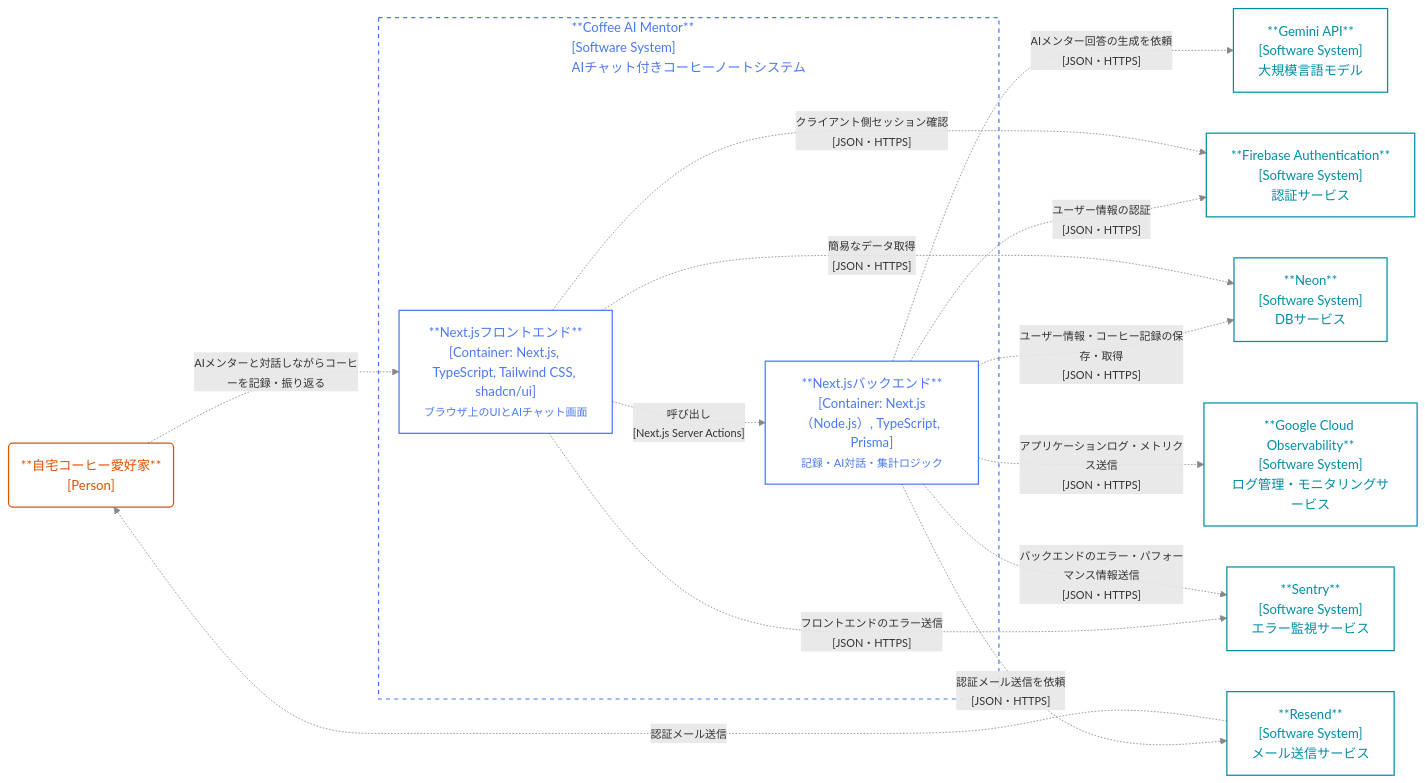
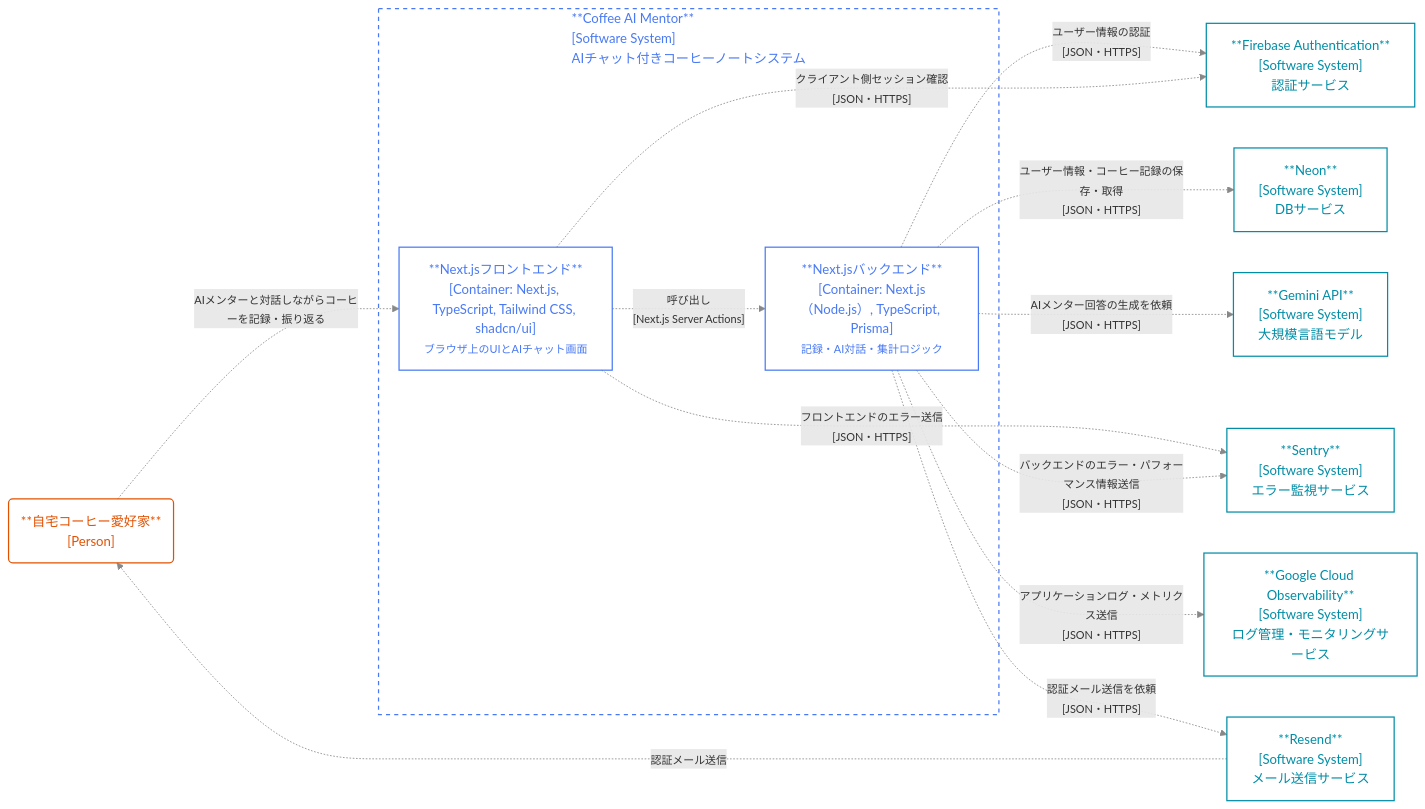
One commit to i1wawa/coffee-ai-mentor-public changed the second of 2 diagrams in docs/architecture/architecture-overview.md. Above: the diagram before and after it, drawn with Mermaid. The commit also changed other lines of this file and 56 other files, not shown here.

````diff
--- a/docs/architecture/architecture-overview.md
+++ b/docs/architecture/architecture-overview.md
@@ -49,50 +49,49 @@
 ```mermaid
 flowchart LR
   %% ---------- Styling ----------
   classDef person    fill: #fff,fill-opacity:0,stroke: #e25100,stroke-width:1.5px,color:#e25100;
   classDef container fill: #fff,fill-opacity:0,stroke: #4979f5,stroke-width:1.5px,color:#4979f5;
   classDef external  fill: #fff,fill-opacity:0,stroke: #008da6,stroke-width:1.5px,color:#008da6;
 
   linkStyle default stroke:#888,stroke-width:1px;
 
   style CAM fill:#fff,fill-opacity:0,stroke:#4979f5,stroke-width:1.5px, stroke-dasharray: 5 5, color:#4979f5;
 
   classDef deployment color:#888,fill-opacity:0,stroke-opacity:0;
 
   %% ---------- Persons ----------
   user("**自宅コーヒー愛好家**<br />[Person]"):::person
 
   %% ---------- System Boundary & Containers ----------
   subgraph CAM["**Coffee AI Mentor**<br />[Software System]<br />AIチャット付きコーヒーノートシステム"]
     FE["**Next.jsフロントエンド**<br />[Container: Next.js, TypeScript, Tailwind CSS, shadcn/ui]<br /><small>ブラウザ上のUIとAIチャット画面</small>"]:::container
     BE["**Next.jsバックエンド**<br />[Container: Next.js（Node.js）, TypeScript, Prisma]<br /><small>記録・AI対話・集計ロジック</small>"]:::container
   end
 
   %% ---------- External Software Systems ----------
   firebase_auth["**Firebase Authentication**<br />[Software System]<br />認証サービス"]:::external
   neon["**Neon**<br />[Software System]<br />DBサービス"]:::external
   llm["**Gemini API**<br />[Software System]<br />大規模言語モデル"]:::external
   error["**Sentry**<br />[Software System]<br />エラー監視サービス"]:::external
   log["**Google Cloud Observability**<br />[Software System]<br />ログ管理・モニタリングサービス"]:::external
   email["**Resend**<br />[Software System]<br />メール送信サービス"]:::external
 
   %% ---------- Relationships ----------
   user   .->|"<small>AIメンターと対話しながらコーヒーを記録・振り返る</small>" | FE
 
   FE .->|"<small>呼び出し<br />[Next.js Server Actions]</small>" | BE
 
   BE    .->|"<small>ユーザー情報の認証<br />[JSON・HTTPS]</small>" | firebase_auth
   BE    .->|"<small>ユーザー情報・コーヒー記録の保存・取得<br />[JSON・HTTPS]</small>" | neon
   FE .->|"<small>クライアント側セッション確認<br />[JSON・HTTPS]</small>" | firebase_auth
-  FE .->|"<small>簡易なデータ取得<br />[JSON・HTTPS]</small>" | neon
 
   BE    .->|"<small>AIメンター回答の生成を依頼<br />[JSON・HTTPS]</small>" | llm
 
   FE .->|"<small>フロントエンドのエラー送信<br />[JSON・HTTPS]</small>" | error
   BE    .->|"<small>バックエンドのエラー・パフォーマンス情報送信<br />[JSON・HTTPS]</small>" | error
 
   BE    .->|"<small>アプリケーションログ・メトリクス送信<br />[JSON・HTTPS]</small>" | log
 
   BE    .->|"<small>認証メール送信を依頼<br />[JSON・HTTPS]</small>" | email
   email  .->|"<small>認証メール送信</small>" | user
 ```
````
